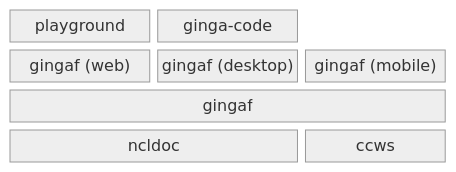
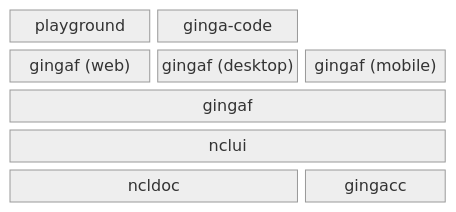
One commit to ginga-org-br/gingaf changed the diagram in README.md. Above: the diagram before and after it, drawn with Mermaid (neutral theme). The commit also changed other lines of this file and 20 other files, not shown here.

Commit message:
merge ccws into gingacc

````diff
--- a/README.md
+++ b/README.md
@@ -15,13 +11,14 @@
 ```mermaid
 block-beta
 columns 3
   playground["playground"]
   ginga_code["ginga-code"]
   space
   web["gingaf (web)"]
   desktop["gingaf (desktop)"]
   mobile["gingaf (mobile)"]
   gingaf["gingaf"]:3
+  nclui["nclui"]:3
   ncldoc["ncldoc"]:2
-  ccws["ccws"]:1
+  gingacc["gingacc"]:1
 ```
````
